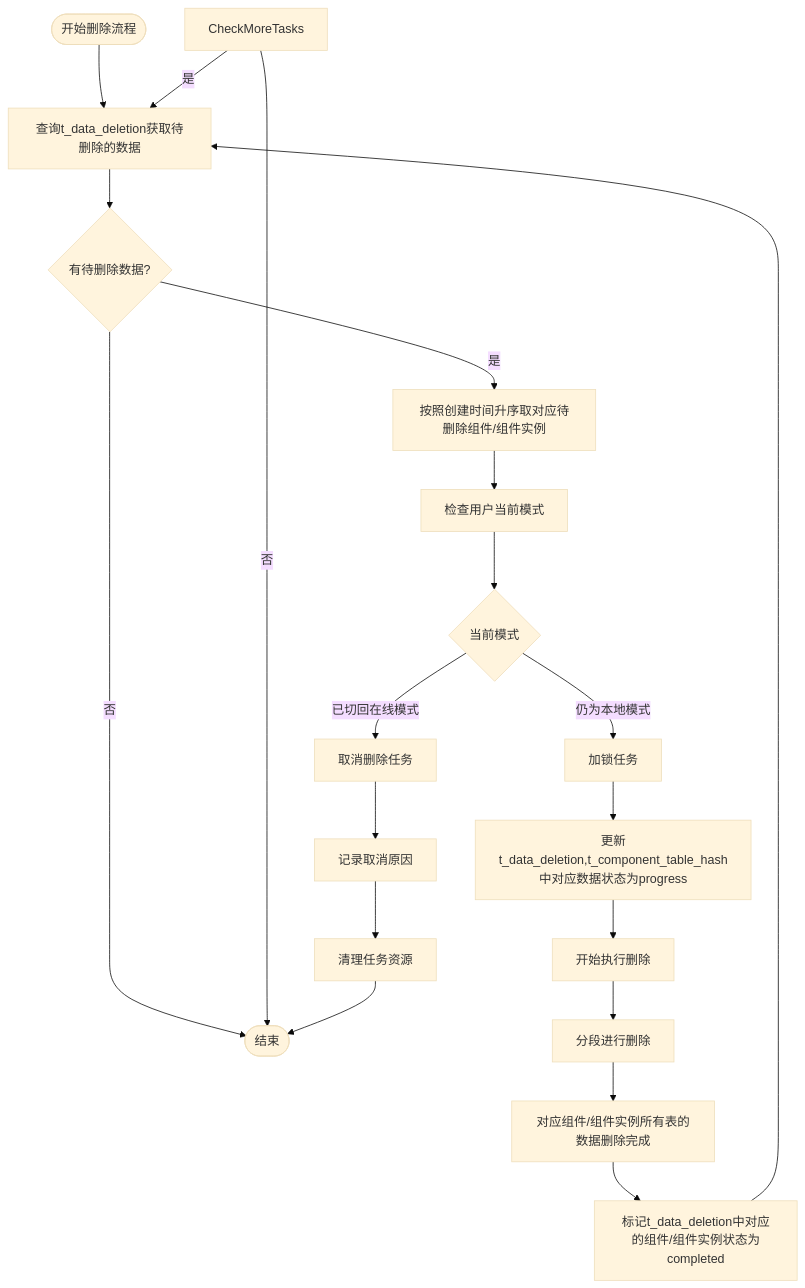
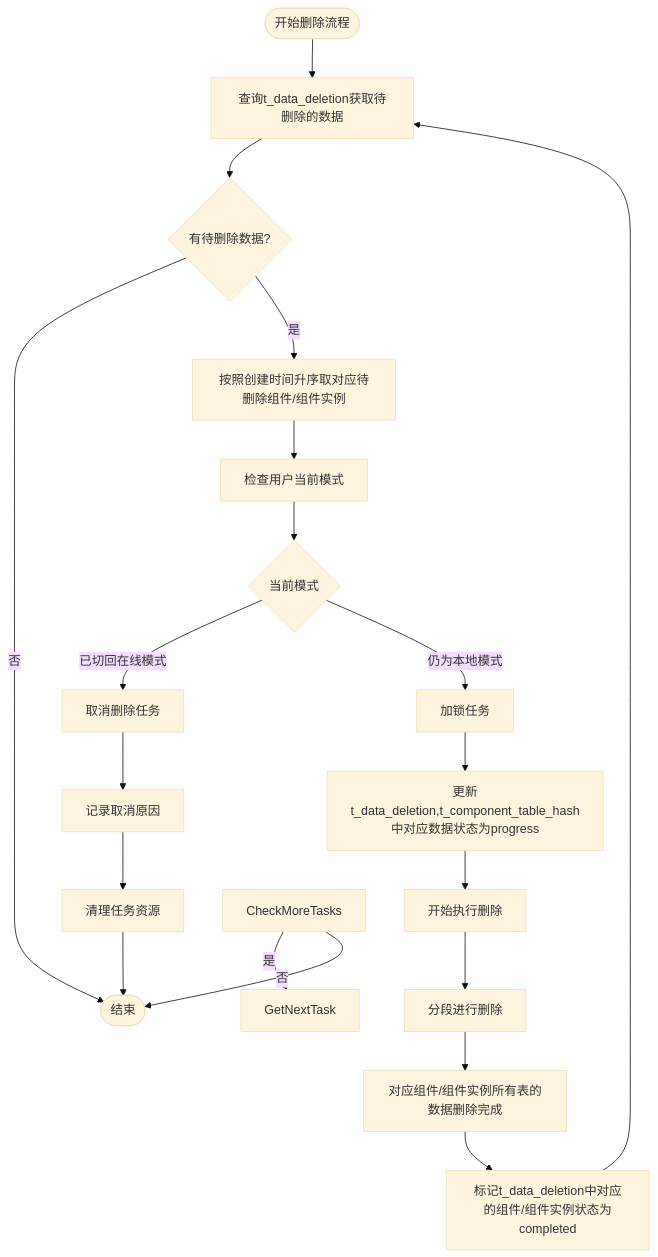
The diagram in all/未命名-51.md (yingjianzh/iodraw-files), drawn with Mermaid (base theme) before and after one commit.

Commit message:
2025-05-08 15:37:02 update

````diff
--- a/all/未命名-51.md
+++ b/all/未命名-51.md
@@ -1,31 +1,31 @@
 ```mermaid
 flowchart TD
     Start([开始删除流程]) --> FetchTasks[查询t_data_deletion获取待删除的数据]
     FetchTasks --> HasTasks{有待删除数据?}
     
     HasTasks -->|否| End([结束])
     HasTasks -->|是| PrioritizeTasks[按照创建时间升序取对应待删除组件/组件实例]
     
     PrioritizeTasks --> CheckUserMode[检查用户当前模式]
     
     CheckUserMode --> CurrentMode{当前模式}
     CurrentMode -->|已切回在线模式| TaskCancel[取消删除任务]
     CurrentMode -->|仍为本地模式| LockTask[加锁任务]
     
     LockTask --> UpdateStatus[更新t_data_deletion,t_component_table_hash中对应数据状态为progress]
     UpdateStatus --> BeginDeletion[开始执行删除]
     
     BeginDeletion --> A[分段进行删除]
     
     A --> B[对应组件/组件实例所有表的数据删除完成]
     B --> MarkCompleted[标记t_data_deletion中对应的组件/组件实例状态为completed]
     
     TaskCancel --> LogCancellation[记录取消原因]
     LogCancellation --> CleanupTask[清理任务资源]
     
     MarkCompleted --> FetchTasks
-    CheckMoreTasks -->|是| FetchTasks
+    CheckMoreTasks -->|是| GetNextTask
     CheckMoreTasks -->|否| End
     
     CleanupTask --> End
 ```
````
